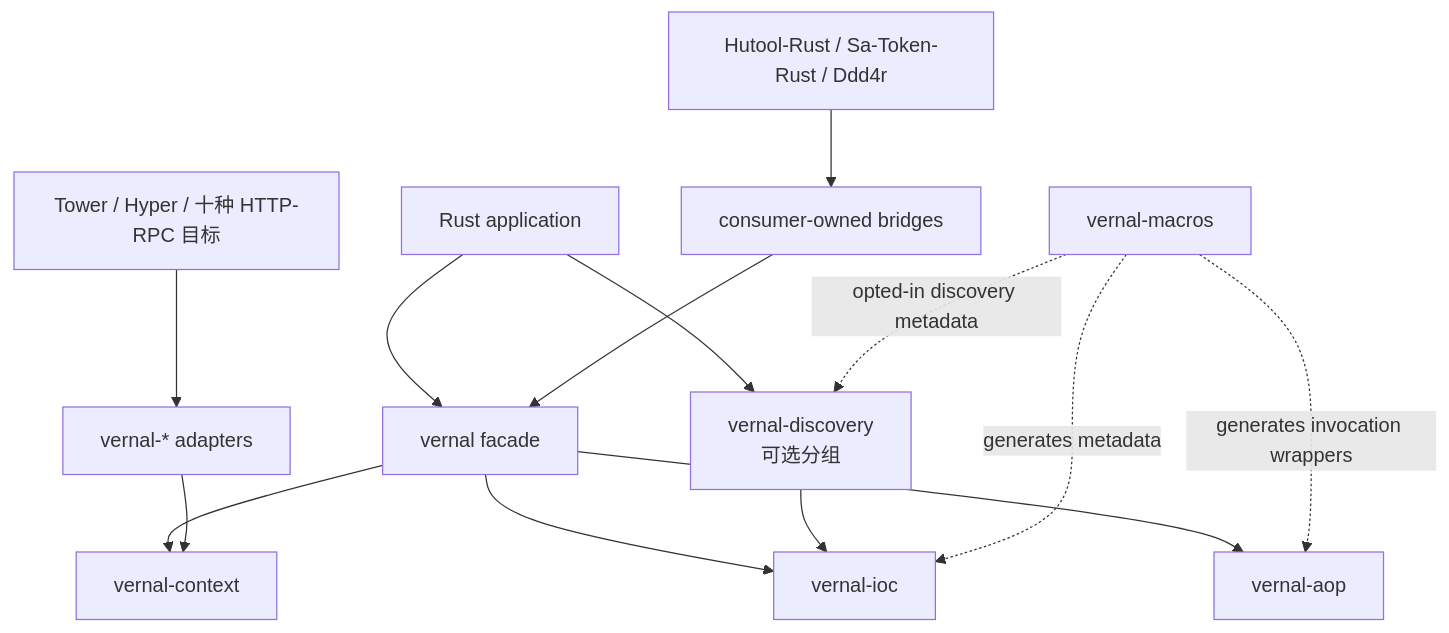
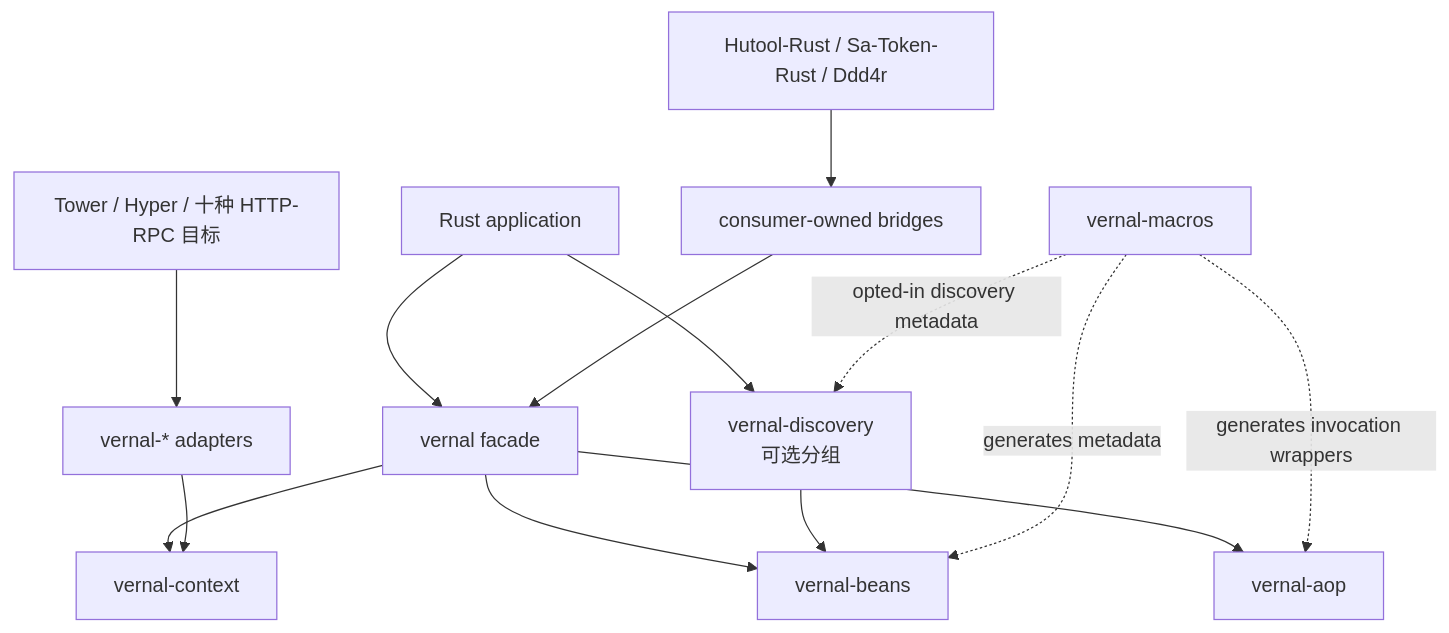
Before and after one commit to easy-4-rust/vernal: the second of 27 diagrams in docs/Vernal-Architecture.zh_CN.md, drawn with Mermaid. The commit also changed other lines of this file and 179 other files, not shown here.

First line of the commit message:
refactor: 重命名 vernal-ioc → vernal-beans（对齐 spring-beans）

````diff
--- a/docs/Vernal-Architecture.zh_CN.md
+++ b/docs/Vernal-Architecture.zh_CN.md
@@ -186,16 +186,16 @@
 ```mermaid
 flowchart TB
     App["Rust application"] --> Facade["vernal facade"]
     Facade --> Context["vernal-context"]
-    Facade --> IoC["vernal-ioc"]
+    Facade --> IoC["vernal-beans"]
     Facade --> AOP["vernal-aop"]
     App --> Discovery["vernal-discovery<br/>可选分组"]
     Discovery --> IoC
     Macros["vernal-macros"] -. generates metadata .-> IoC
     Macros -. opted-in discovery metadata .-> Discovery
     Macros -. generates invocation wrappers .-> AOP
     Web["Tower / Hyper / 十种 HTTP-RPC 目标"] --> Adapters["vernal-* adapters"]
     Adapters --> Context
     Consumers["Hutool-Rust / Sa-Token-Rust / Ddd4r"] --> Bridges["consumer-owned bridges"]
     Bridges --> Facade
 ```
````
